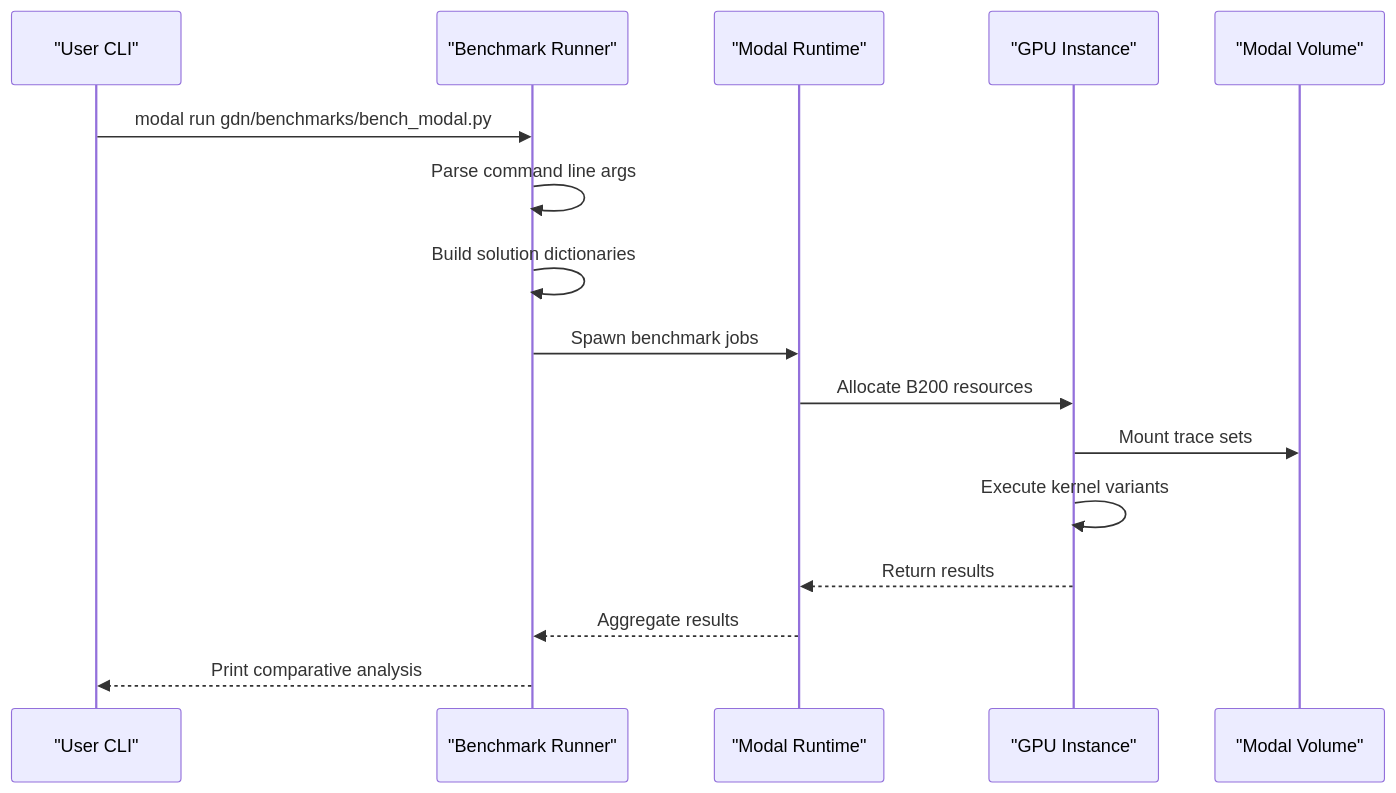
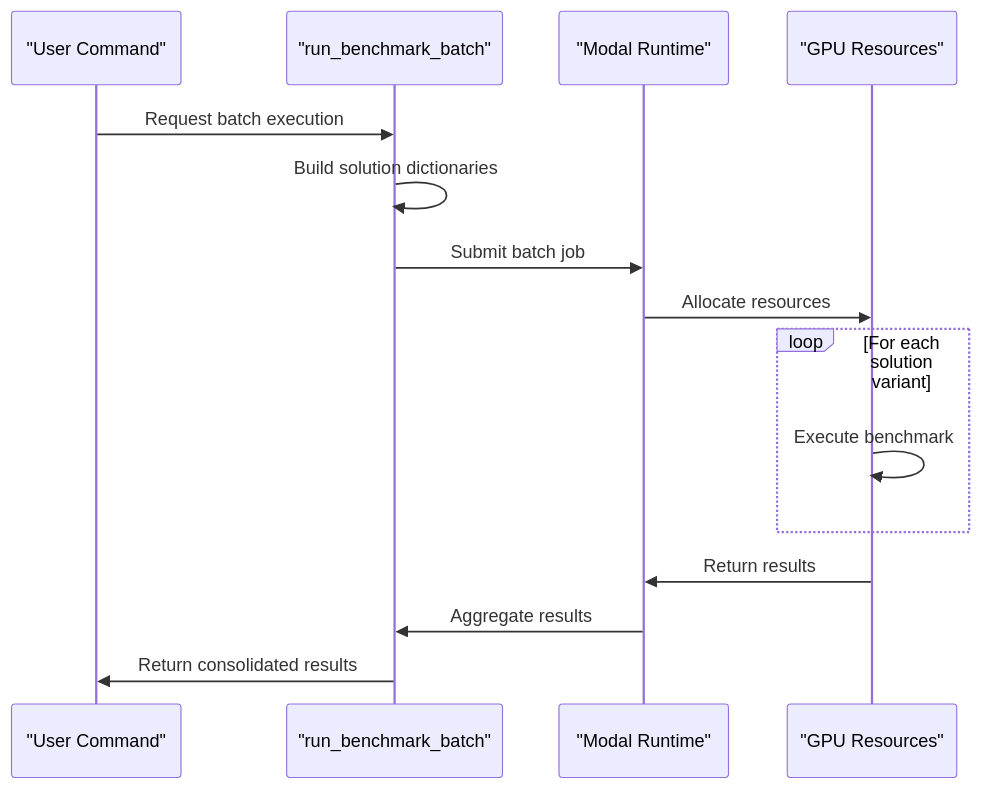
The sixth of 12 diagrams in .qoder/repowiki/en/content/Benchmarking Framework/Enhanced Benchmarking Framework.md (gugudeshubao/flashinfer-bench-tma-thrust), drawn with Mermaid before and after one commit. The commit also changed other lines of this file and 46 other files, not shown here.

````diff
--- a/.qoder/repowiki/en/content/Benchmarking Framework/Enhanced Benchmarking Framework.md
+++ b/.qoder/repowiki/en/content/Benchmarking Framework/Enhanced Benchmarking Framework.md
@@ -215,18 +383,17 @@
 ```mermaid
 sequenceDiagram
-participant User as "User CLI"
-participant Runner as "Benchmark Runner"
+participant User as "User Command"
+participant Runner as "run_benchmark_batch"
 participant Modal as "Modal Runtime"
-participant GPU as "GPU Instance"
-participant Volume as "Modal Volume"
-User->>Runner : modal run gdn/benchmarks/bench_modal.py
-Runner->>Runner : Parse command line args
+participant GPU as "GPU Resources"
+User->>Runner : Request batch execution
 Runner->>Runner : Build solution dictionaries
-Runner->>Modal : Spawn benchmark jobs
-Modal->>GPU : Allocate B200 resources
-GPU->>Volume : Mount trace sets
-GPU->>GPU : Execute kernel variants
-GPU-->>Modal : Return results
-Modal-->>Runner : Aggregate results
-Runner-->>User : Print comparative analysis
+Runner->>Modal : Submit batch job
+Modal->>GPU : Allocate resources
+loop For each solution variant
+GPU->>GPU : Execute benchmark
+end
+GPU->>Modal : Return results
+Modal->>Runner : Aggregate results
+Runner->>User : Return consolidated results
 ```
````
